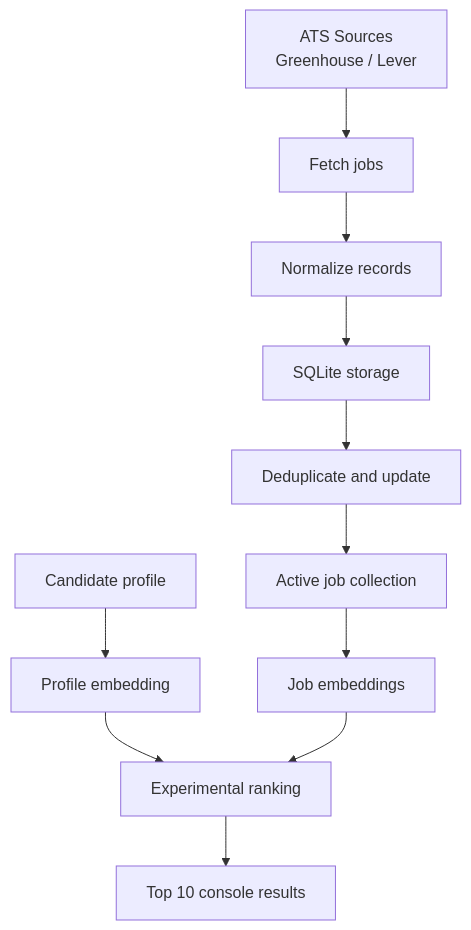
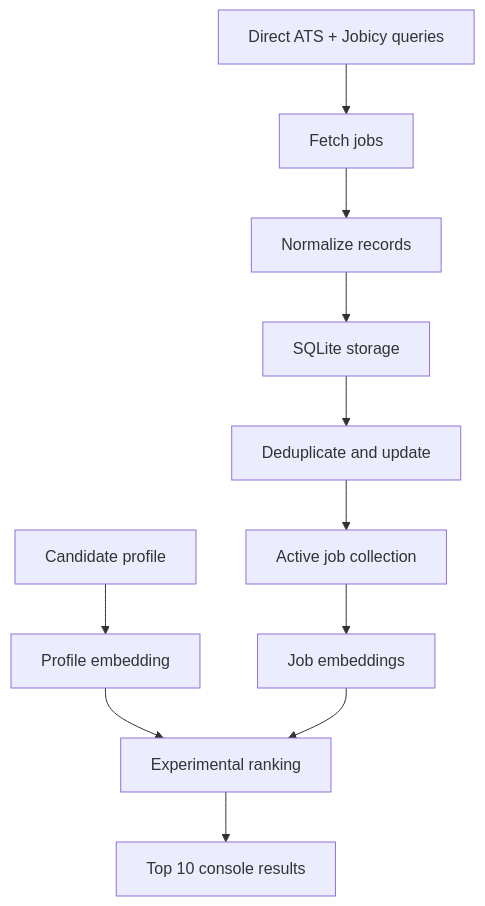
Before and after one commit to HammerheadFistpunch/Job-tool: the first of 4 diagrams in jobintel/docs/JOB_TOOL_FUNCTION_MAP.md, drawn with Mermaid. The commit also changed other lines of this file and 19 other files, not shown here.

````diff
--- a/jobintel/docs/JOB_TOOL_FUNCTION_MAP.md
+++ b/jobintel/docs/JOB_TOOL_FUNCTION_MAP.md
@@ -10,14 +10,14 @@
 ```mermaid
 flowchart TD
-    A["ATS Sources<br/>Greenhouse / Lever"] --> B["Fetch jobs"]
+    A["Direct ATS + Jobicy queries"] --> B["Fetch jobs"]
     B --> C["Normalize records"]
     C --> D["SQLite storage"]
     D --> E["Deduplicate and update"]
     E --> F["Active job collection"]
 
     G["Candidate profile"] --> H["Profile embedding"]
     F --> I["Job embeddings"]
     H --> J["Experimental ranking"]
     I --> J
     J --> K["Top 10 console results"]
 ```
````
